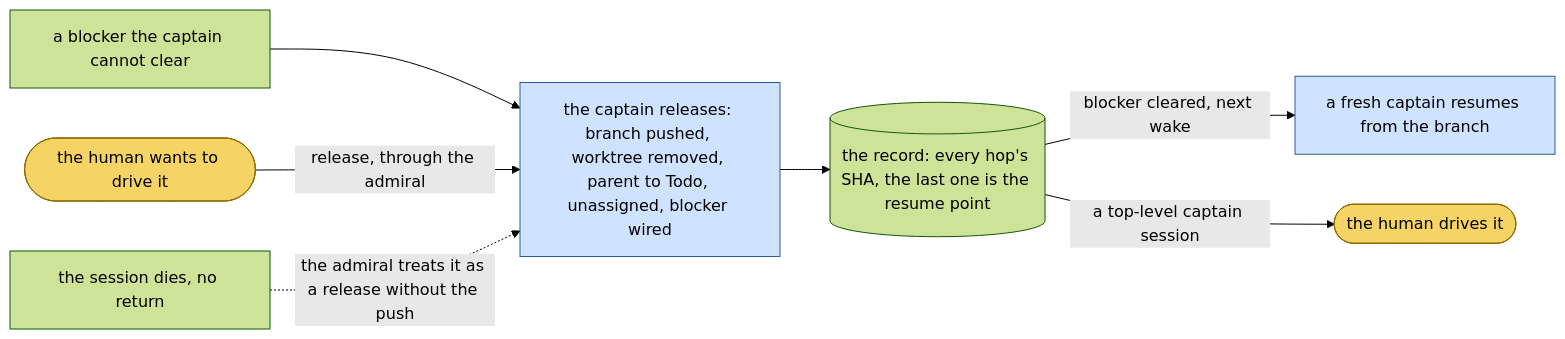
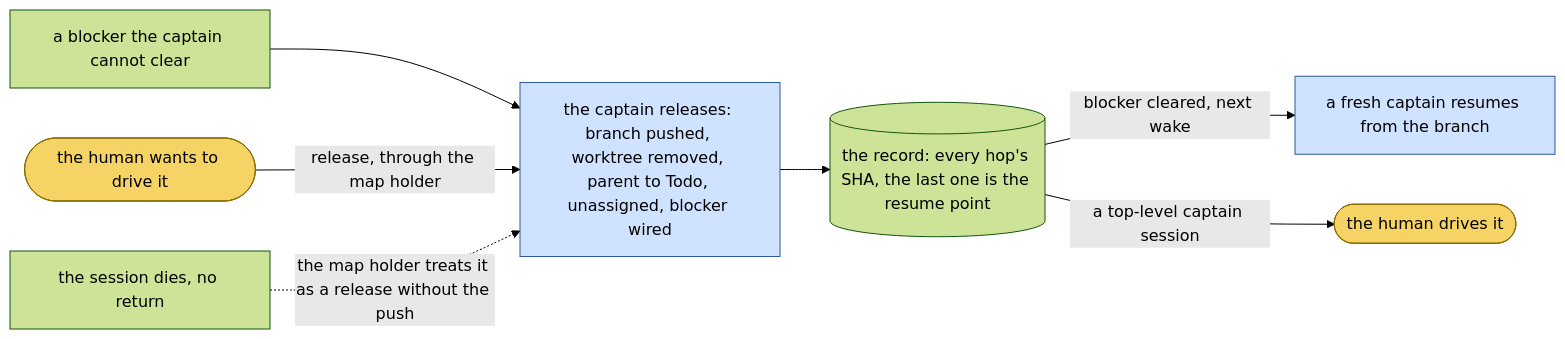
Diagram 11 of 12 in dydo/understand/control-flow.md (bodnarbalazs/dydo), drawn with Mermaid (forest theme) before and after one commit. The commit also changed other lines of this file, not shown here.

Commit message:
DYD-259 implement: qualify the last three standing-admiral passages in control-flow to DR 051's map-holder idiom

````diff
--- a/dydo/understand/control-flow.md
+++ b/dydo/understand/control-flow.md
@@ -630,11 +630,11 @@
 ```mermaid
 flowchart LR
   classDef officer fill:#cfe2ff,stroke:#2c5aa0,color:#000
   classDef human fill:#f6d365,stroke:#8a6d00,color:#000
   B[a blocker the captain cannot clear] --> REL
-  T([the human wants to drive it]):::human -->|release, through the admiral| REL
-  D[the session dies, no return] -.->|the admiral treats it as a release without the push| REL
+  T([the human wants to drive it]):::human -->|release, through the map holder| REL
+  D[the session dies, no return] -.->|the map holder treats it as a release without the push| REL
   REL[the captain releases: branch pushed, worktree removed, parent to Todo, unassigned, blocker wired]:::officer --> REC[(the record: every hop's SHA, the last one is the resume point)]
   REC -->|blocker cleared, next wake| RC[a fresh captain resumes from the branch]:::officer
   REC -->|a top-level captain session| H2([the human drives it]):::human
 ```
````
